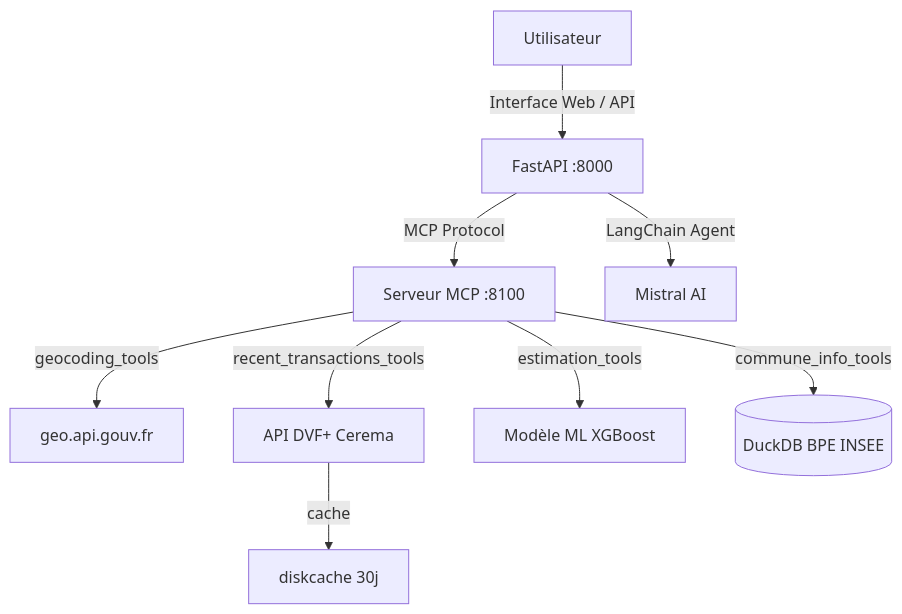
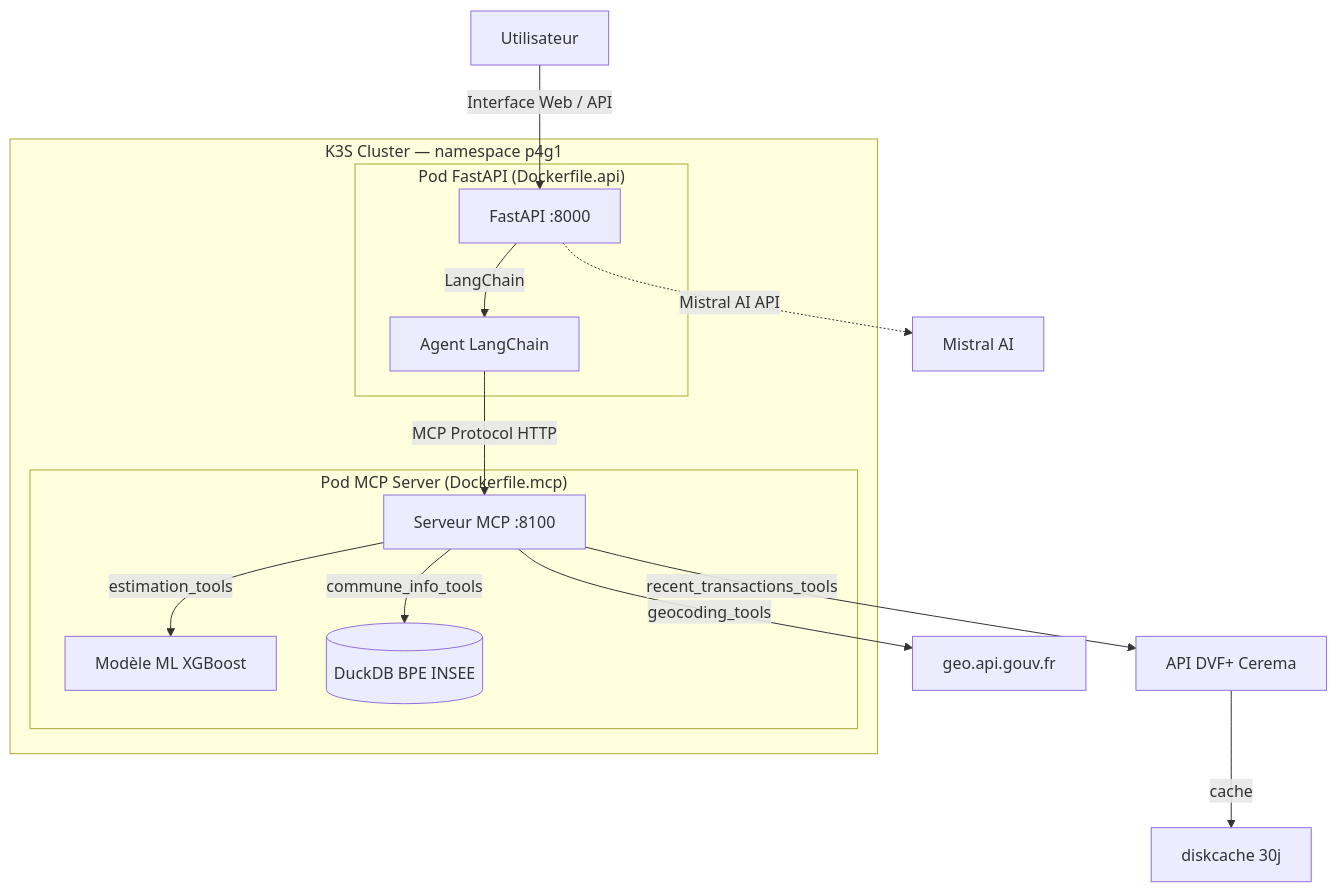
The first of 6 diagrams in README.md (cjeanneau/Projet-Agent-IA-Immo-MCP), drawn with Mermaid before and after one commit. The commit also changed other lines of this file, not shown here.

Commit message:
CHORE improve mermaid diagrams

````diff
--- a/README.md
+++ b/README.md
@@ -23,11 +23,25 @@
 ```mermaid
 graph TD
-    U[Utilisateur] -->|Interface Web / API| FA[FastAPI :8000]
-    FA -->|MCP Protocol| MCP[Serveur MCP :8100]
-    FA -->|LangChain Agent| LLM[Mistral AI]
+    U[Utilisateur] -->|Interface Web / API| FA
+
+    subgraph K3S["K3S Cluster — namespace p4g1"]
+        subgraph POD_API["Pod FastAPI (Dockerfile.api)"]
+            FA[FastAPI :8000]
+            AGENT[Agent LangChain]
+        end
+        subgraph POD_MCP["Pod MCP Server (Dockerfile.mcp)"]
+            MCP[Serveur MCP :8100]
+            MODEL[Modèle ML XGBoost]
+            DB[(DuckDB BPE INSEE)]
+        end
+    end
+
+    FA -->|LangChain| AGENT
+    AGENT -->|MCP Protocol HTTP| MCP
+    FA -.->|Mistral AI API| LLM[Mistral AI]
     MCP -->|geocoding_tools| GEO[geo.api.gouv.fr]
     MCP -->|recent_transactions_tools| DVF[API DVF+ Cerema]
-    MCP -->|estimation_tools| MODEL[Modèle ML XGBoost]
-    MCP -->|commune_info_tools| DB[(DuckDB BPE INSEE)]
+    MCP -->|estimation_tools| MODEL
+    MCP -->|commune_info_tools| DB
     DVF -->|cache| CACHE[diskcache 30j]
 ```
````
